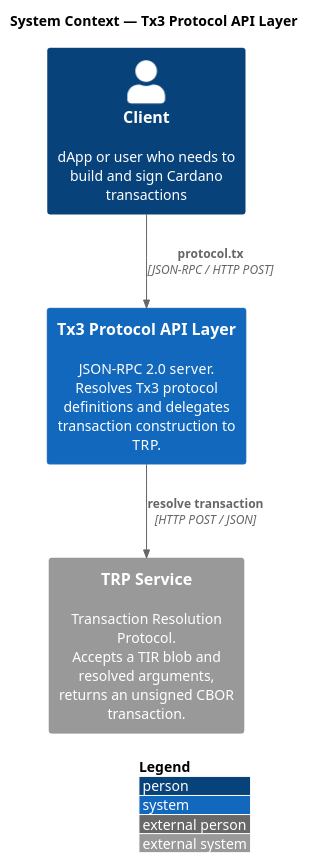
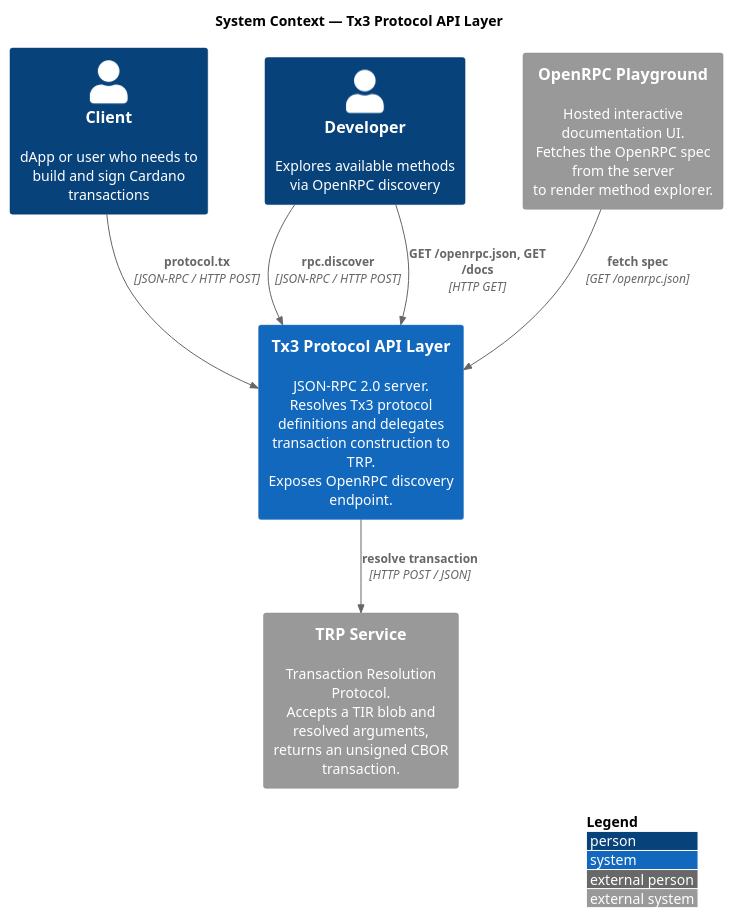
One commit to tx3-lang/protocol-gateway changed the diagram in design/001-assets/c4-context.puml. Above: the diagram before and after it, drawn with PlantUML. The commit also changed 3 other files, not shown here.

```diff
--- a/design/001-assets/c4-context.puml
+++ b/design/001-assets/c4-context.puml
@@ -1,17 +1,22 @@
 @startuml c4-context
 !include <C4/C4_Context>
 
 LAYOUT_WITH_LEGEND()
 
 title System Context — Tx3 Protocol API Layer
 
 Person(client, "Client", "dApp or user who needs to\nbuild and sign Cardano transactions")
+Person(developer, "Developer", "Explores available methods\nvia OpenRPC discovery")
 
-System(api, "Tx3 Protocol API Layer", "JSON-RPC 2.0 server.\nResolves Tx3 protocol definitions and delegates\ntransaction construction to TRP.")
+System(api, "Tx3 Protocol API Layer", "JSON-RPC 2.0 server.\nResolves Tx3 protocol definitions and delegates\ntransaction construction to TRP.\nExposes OpenRPC discovery endpoint.")
 
 System_Ext(trp, "TRP Service", "Transaction Resolution Protocol.\nAccepts a TIR blob and resolved arguments,\nreturns an unsigned CBOR transaction.")
+System_Ext(playground, "OpenRPC Playground", "Hosted interactive documentation UI.\nFetches the OpenRPC spec from the server\nto render method explorer.")
 
 Rel(client, api, "protocol.tx", "JSON-RPC / HTTP POST")
 Rel(api, trp, "resolve transaction", "HTTP POST / JSON")
+Rel(developer, api, "rpc.discover", "JSON-RPC / HTTP POST")
+Rel(developer, api, "GET /openrpc.json, GET /docs", "HTTP GET")
+Rel(playground, api, "fetch spec", "GET /openrpc.json")
 
 @enduml
```
